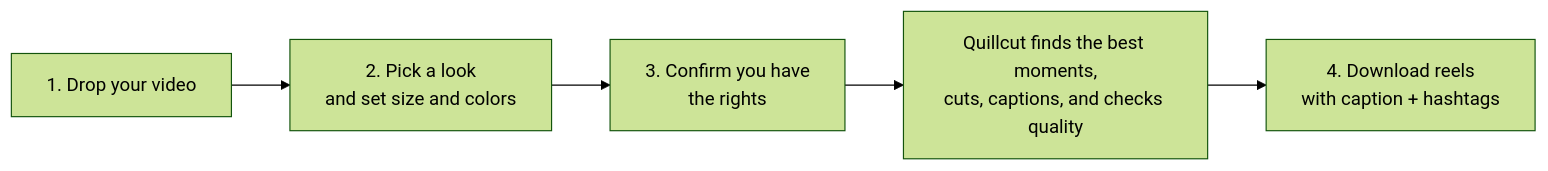
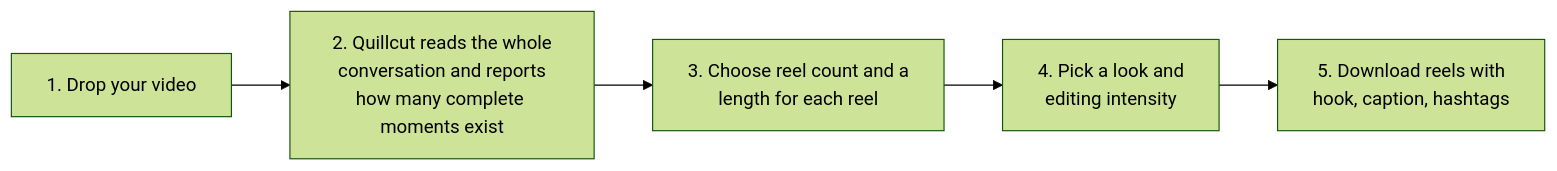
One commit to VARSHITH707/quillcut changed the first of 2 diagrams in README.md. Above: the diagram before and after it, drawn with Mermaid (forest theme). The commit also changed other lines of this file and 20 other files, not shown here.

First line of the commit message:
feat: conversation-aware clipping and a full editing pass

````diff
--- a/README.md
+++ b/README.md
@@ -12,7 +23,7 @@
 ```mermaid
 flowchart LR
-    A["1. Drop your video"] --> B["2. Pick a look<br/>and set size and colors"]
-    B --> C["3. Confirm you have<br/>the rights"]
-    C --> D["Quillcut finds the best moments,<br/>cuts, captions, and checks quality"]
-    D --> E["4. Download reels<br/>with caption + hashtags"]
+    A["1. Drop your video"] --> B["2. Quillcut reads the whole<br/>conversation and reports<br/>how many complete moments exist"]
+    B --> C["3. Choose reel count and a<br/>length for each reel"]
+    C --> D["4. Pick a look and<br/>editing intensity"]
+    D --> E["5. Download reels with<br/>hook, caption, hashtags"]
 ```
````
